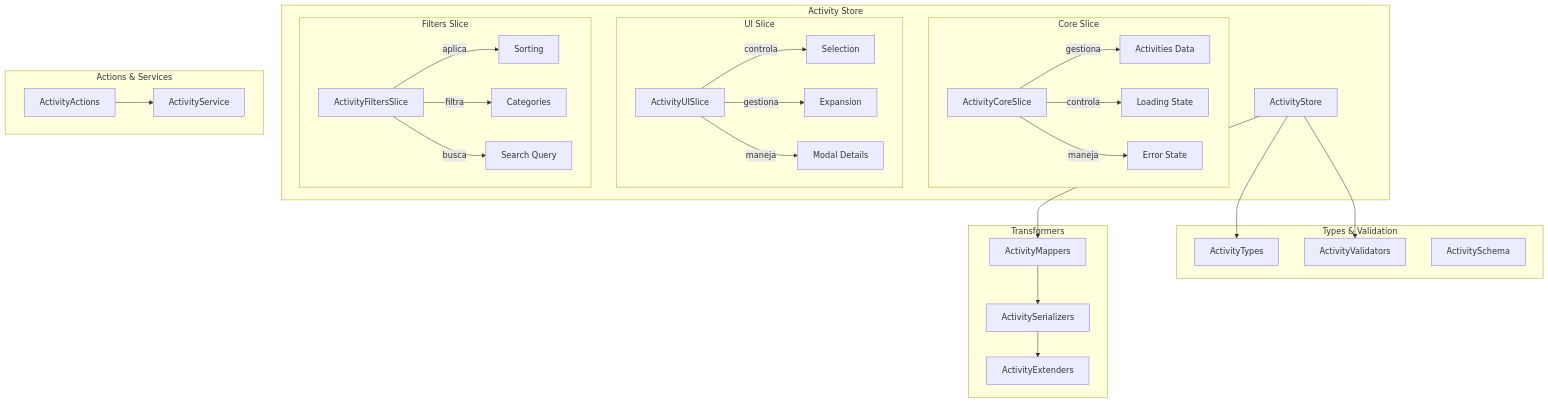
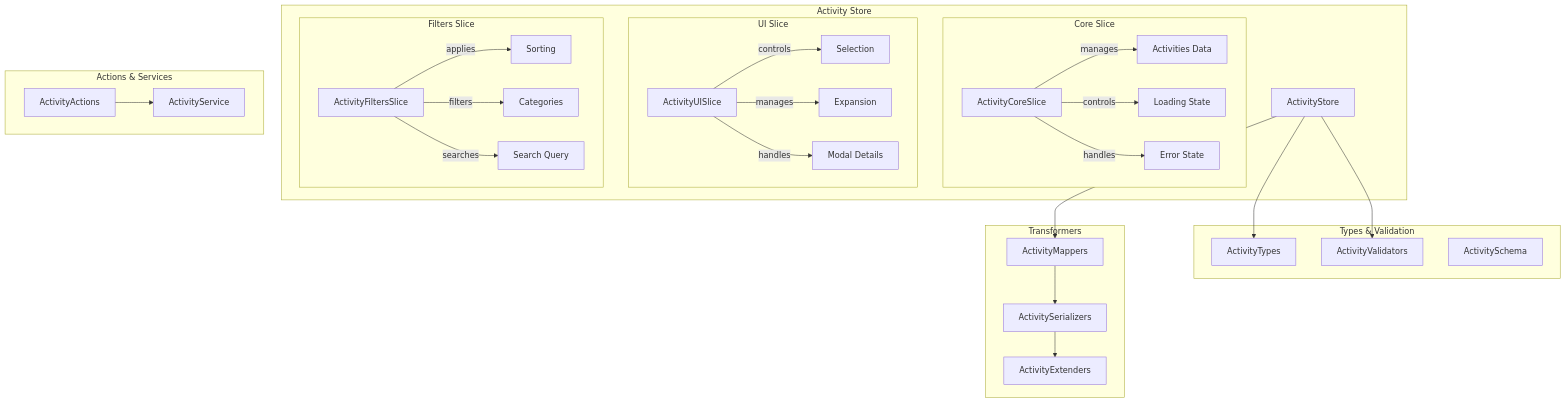
Before and after one commit to gvastethecreator/media-manager: the diagram in src/store/entities/activity/README.md, drawn with Mermaid. The commit also changed other lines of this file and 104 other files, not shown here.

Commit message:
docs: initialize comprehensive architectural documentation and component-level README files across the repository.

````diff
--- a/src/store/entities/activity/README.md
+++ b/src/store/entities/activity/README.md
@@ -9,51 +11,51 @@
 ```mermaid
 graph TB
     subgraph "Activity Store"
         AS[ActivityStore]
 
         subgraph "Core Slice"
             AC[ActivityCoreSlice]
-            AC --> |gestiona| AD[Activities Data]
-            AC --> |controla| AL[Loading State]
-            AC --> |maneja| AE[Error State]
+            AC --> |manages| AD[Activities Data]
+            AC --> |controls| AL[Loading State]
+            AC --> |handles| AE[Error State]
         end
 
         subgraph "UI Slice"
             AU[ActivityUISlice]
-            AU --> |controla| SEL[Selection]
-            AU --> |gestiona| EXP[Expansion]
-            AU --> |maneja| MOD[Modal Details]
+            AU --> |controls| SEL[Selection]
+            AU --> |manages| EXP[Expansion]
+            AU --> |handles| MOD[Modal Details]
         end
 
         subgraph "Filters Slice"
             AF[ActivityFiltersSlice]
-            AF --> |aplica| SORT[Sorting]
-            AF --> |filtra| CAT[Categories]
-            AF --> |busca| SEARCH[Search Query]
+            AF --> |applies| SORT[Sorting]
+            AF --> |filters| CAT[Categories]
+            AF --> |searches| SEARCH[Search Query]
         end
     end
 
     subgraph "Types & Validation"
         AT[ActivityTypes]
         AV[ActivityValidators]
         AS_SCHEMA[ActivitySchema]
     end
 
     subgraph "Transformers"
         AM[ActivityMappers]
         ASE[ActivitySerializers]
         AEX[ActivityExtenders]
     end
 
     subgraph "Actions & Services"
         AA[ActivityActions]
         ASRV[ActivityService]
     end
 
     AS --> AT
     AS --> AV
     AS --> AM
     AM --> ASE
     ASE --> AEX
     AA --> ASRV
 ```
````
